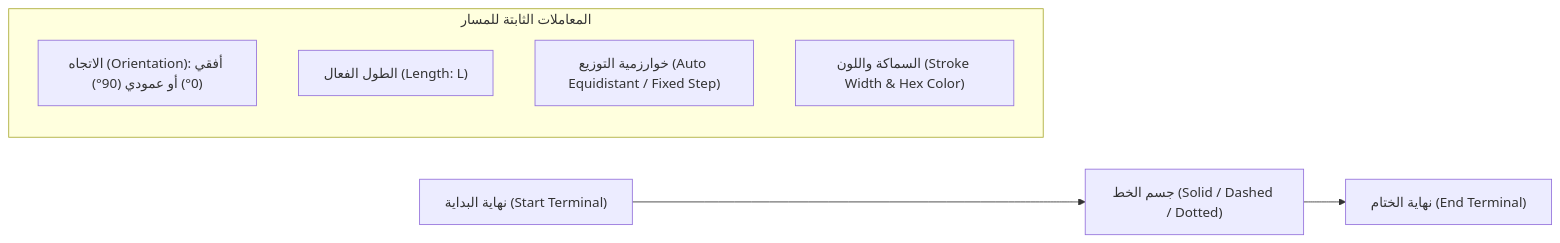
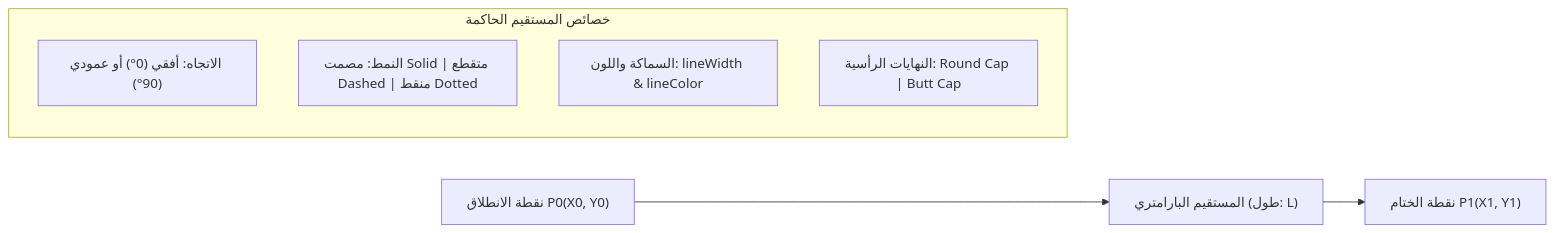
One commit to wittybrandcode/MASAR changed the diagram in MASAR_CANONICAL_SPECIFICATION.md. Above: the diagram before and after it, drawn with Mermaid. The commit also changed other lines of this file, not shown here.

````diff
--- a/MASAR_CANONICAL_SPECIFICATION.md
+++ b/MASAR_CANONICAL_SPECIFICATION.md
@@ -37,12 +39,12 @@
 ```mermaid
 flowchart LR
-    StartTerminal["نهاية البداية (Start Terminal)"] --> LineBody["جسم الخط (Solid / Dashed / Dotted)"]
-    LineBody --> EndTerminal["نهاية الختام (End Terminal)"]
+    Origin["نقطة الانطلاق P0(X0, Y0)"] --> VectorPath["المستقيم البارامتري (طول: L)"]
+    VectorPath --> Destination["نقطة الختام P1(X1, Y1)"]
     
-    subgraph Properties["المعاملات الثابتة للمسار"]
-        P1["الاتجاه (Orientation): أفقي (0°) أو عمودي (90°)"]
-        P2["الطول الفعال (Length: L)"]
-        P3["خوارزمية التوزيع (Auto Equidistant / Fixed Step)"]
-        P4["السماكة واللون (Stroke Width & Hex Color)"]
+    subgraph Controls["خصائص المستقيم الحاكمة"]
+        C1["الاتجاه: أفقي (0°) أو عمودي (90°)"]
+        C2["النمط: مصمت Solid | متقطع Dashed | منقط Dotted"]
+        C3["السماكة واللون: lineWidth & lineColor"]
+        C4["النهايات الرأسية: Round Cap | Butt Cap"]
     end
 ```
````
